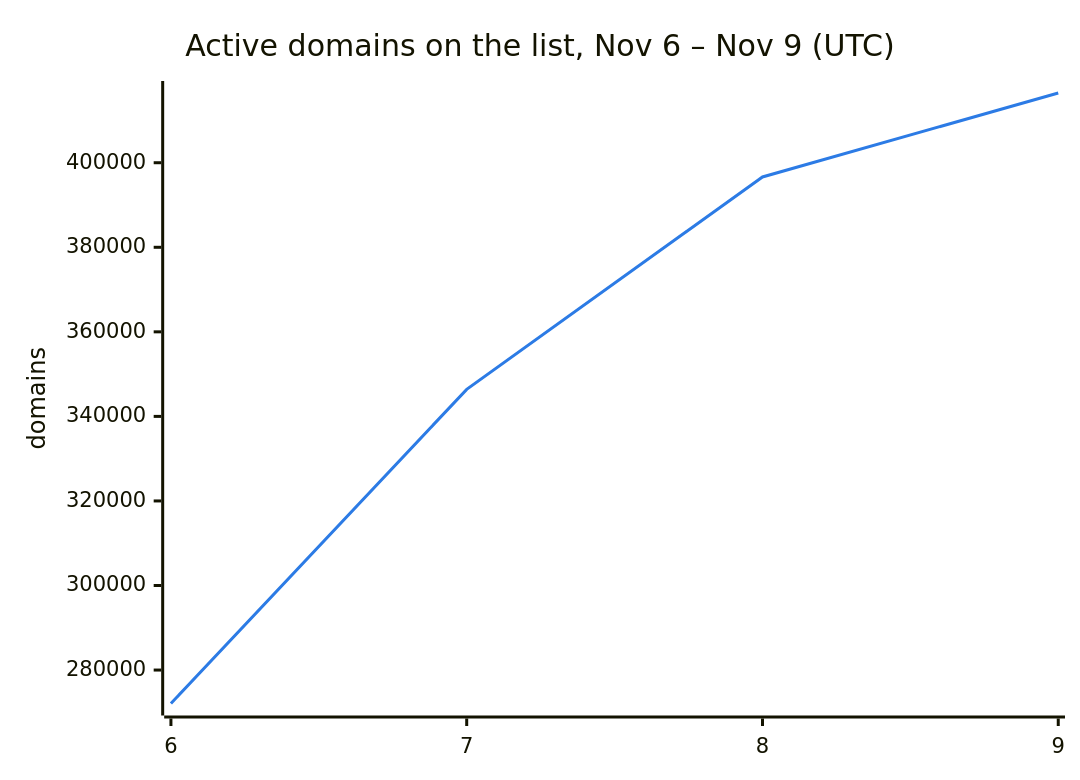
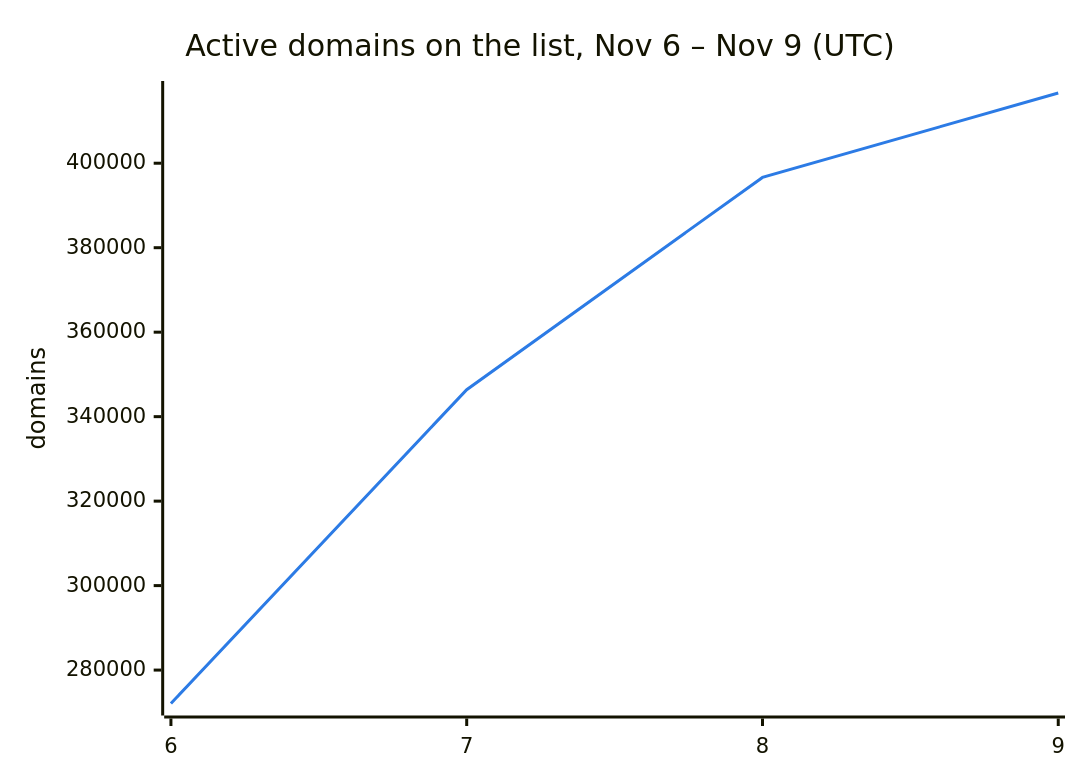
The second of 3 diagrams in README.md (DNSBunker/CTI), drawn with Mermaid before and after one commit. The commit also changed other lines of this file and 3 other files, not shown here.

````diff
--- a/README.md
+++ b/README.md
@@ -38,8 +38,8 @@
 ```mermaid
 %%{init: {"themeVariables": {"xyChart": {"plotColorPalette": "#2c7be5"}}}}%%
 xychart-beta
     title "Active domains on the list, Nov 6 – Nov 9 (UTC)"
     x-axis ["6", "7", "8", "9"]
     y-axis "domains"
-    line [272088, 346388, 396638, 416494]
+    line [272088, 346388, 396638, 416625]
 ```
````
